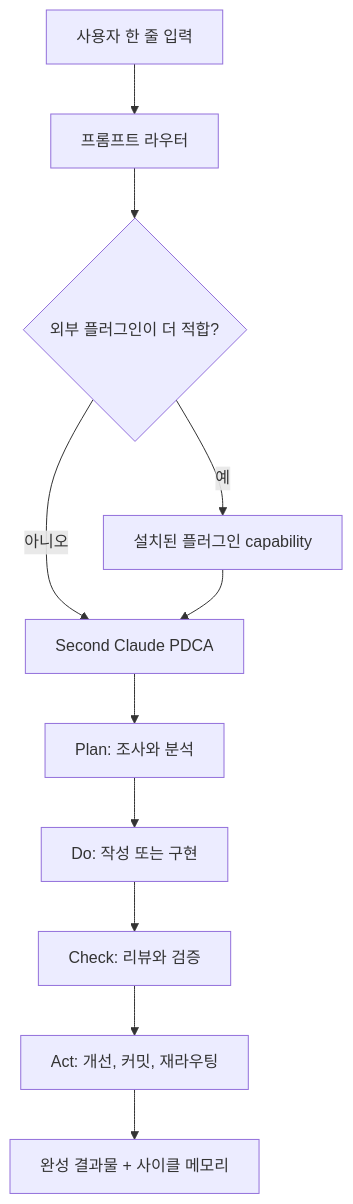
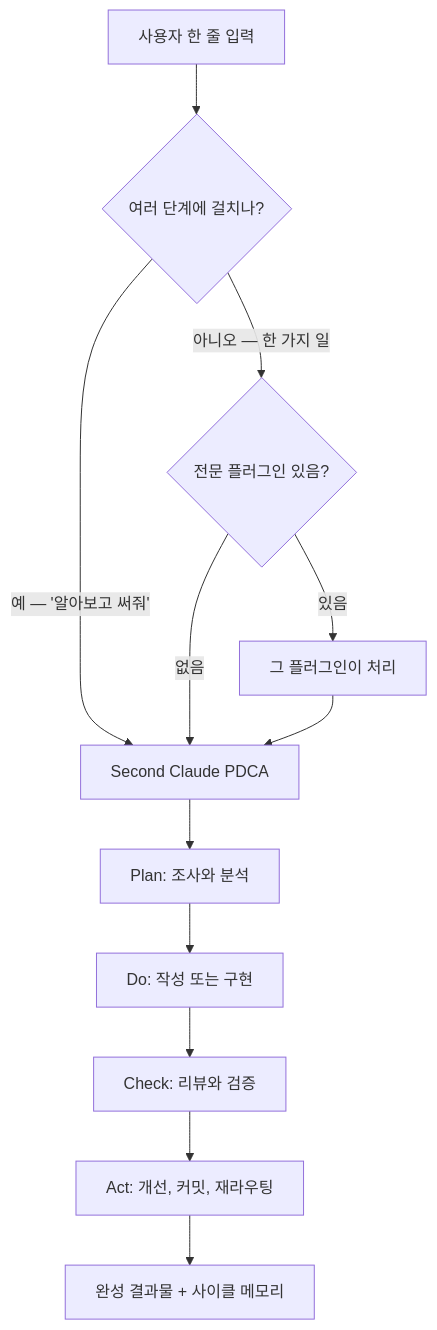
The first of 3 diagrams in README.ko.md (unclejobs-ai/second-claude-code), drawn with Mermaid before and after one commit. The commit also changed other lines of this file and 4 other files, not shown here.

````diff
--- a/README.ko.md
+++ b/README.ko.md
@@ -27,13 +27,14 @@
 ```mermaid
 flowchart TB
-    U[사용자 한 줄 입력] --> R[프롬프트 라우터]
-    R --> O{외부 플러그인이 더 적합?}
-    O -->|예| E[설치된 플러그인 capability]
-    O -->|아니오| P[Second Claude PDCA]
+    U[사용자 한 줄 입력] --> R{여러 단계에 걸치나?}
+    R -->|"예 — '알아보고 써줘'"| P[Second Claude PDCA]
+    R -->|"아니오 — 한 가지 일"| O{전문 플러그인 있음?}
+    O -->|있음| E[그 플러그인이 처리]
+    O -->|없음| P
     E --> P
     P --> PLAN[Plan: 조사와 분석]
     PLAN --> DO[Do: 작성 또는 구현]
     DO --> CHECK[Check: 리뷰와 검증]
     CHECK --> ACT[Act: 개선, 커밋, 재라우팅]
     ACT --> OUT[완성 결과물 + 사이클 메모리]
 ```
````
